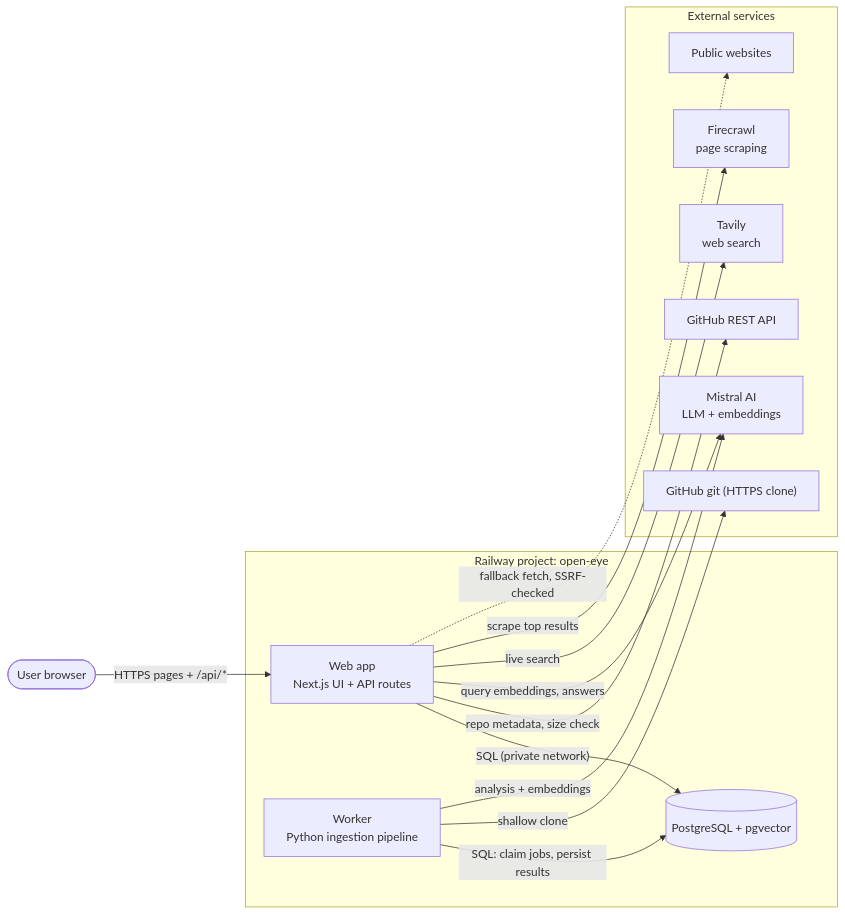
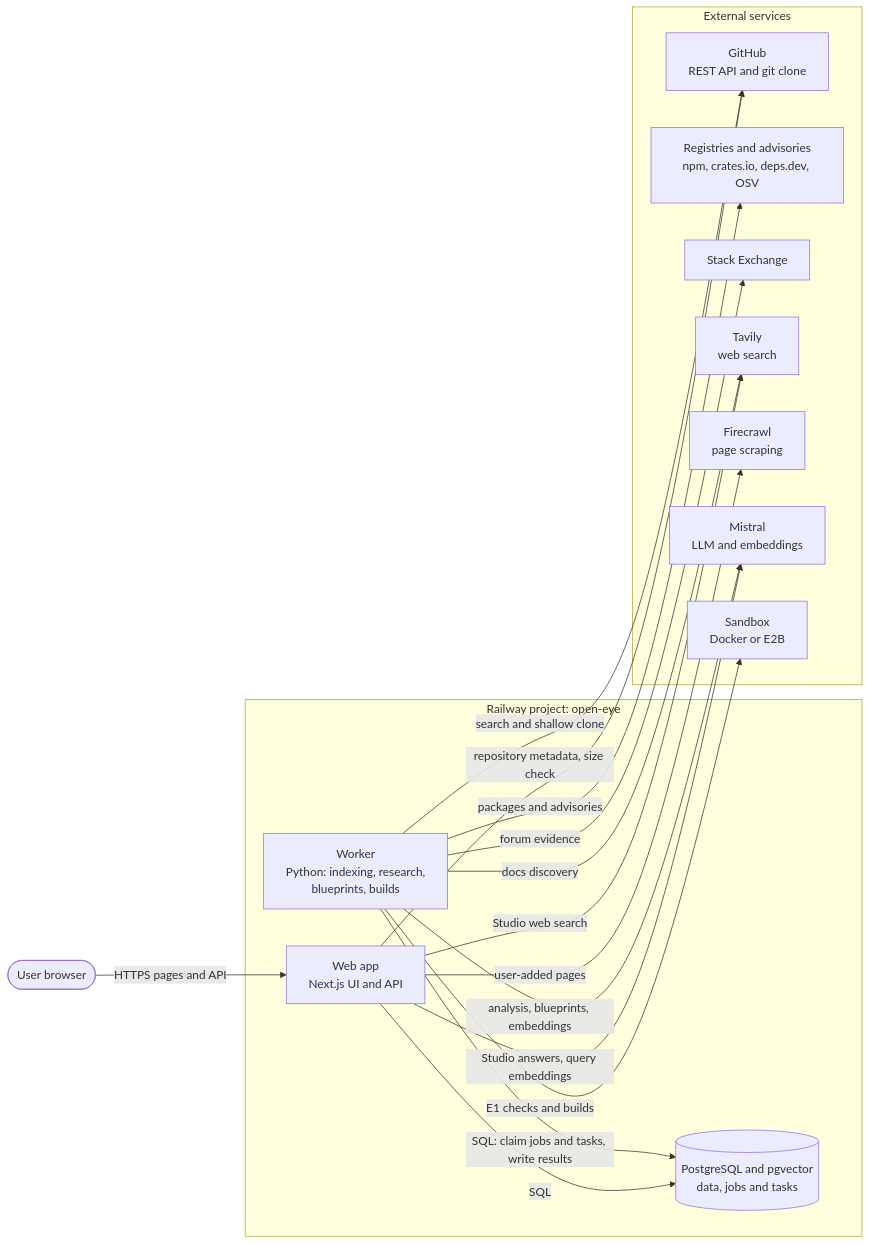
Before and after one commit to priteshvirat24/repo-intelligence: the second of 18 diagrams in README.md, drawn with Mermaid. The commit also changed other lines of this file and 2 other files, not shown here.

First line of the commit message:
docs: rewrite the README around what Open Eye does, with every architecture diagram

````diff
--- a/README.md
+++ b/README.md
@@ -97,32 +166,36 @@
 ```mermaid
 flowchart LR
     U(["User browser"])
 
     subgraph Railway["Railway project: open-eye"]
-        WEB["Web app<br>Next.js UI + API routes"]
-        WK["Worker<br>Python ingestion pipeline"]
-        DB[("PostgreSQL + pgvector")]
+        WEB["Web app<br>Next.js UI and API"]
+        WK["Worker<br>Python: indexing, research,<br>blueprints, builds"]
+        DB[("PostgreSQL and pgvector<br>data, jobs and tasks")]
     end
 
     subgraph Ext["External services"]
-        GHAPI["GitHub REST API"]
-        GHGIT["GitHub git (HTTPS clone)"]
-        MIS["Mistral AI<br>LLM + embeddings"]
+        GH["GitHub<br>REST API and git clone"]
+        REG["Registries and advisories<br>npm, crates.io, deps.dev, OSV"]
+        QA["Stack Exchange"]
         TAV["Tavily<br>web search"]
         FC["Firecrawl<br>page scraping"]
-        SITES["Public websites"]
+        MIS["Mistral<br>LLM and embeddings"]
+        SBX["Sandbox<br>Docker or E2B"]
     end
 
-    U -->|"HTTPS pages + /api/*"| WEB
-    WEB -->|"SQL (private network)"| DB
-    WK -->|"SQL: claim jobs, persist results"| DB
+    U -->|"HTTPS pages and API"| WEB
+    WEB -->|"SQL"| DB
+    WK -->|"SQL: claim jobs and tasks, write results"| DB
 
-    WEB -->|"repo metadata, size check"| GHAPI
-    WEB -->|"query embeddings, answers"| MIS
-    WEB -->|"live search"| TAV
-    WEB -->|"scrape top results"| FC
-    WEB -.->|"fallback fetch, SSRF-checked"| SITES
+    WEB -->|"repository metadata, size check"| GH
+    WEB -->|"Studio answers, query embeddings"| MIS
+    WEB -->|"Studio web search"| TAV
+    WEB -->|"user-added pages"| FC
 
-    WK -->|"shallow clone"| GHGIT
-    WK -->|"analysis + embeddings"| MIS
+    WK -->|"search and shallow clone"| GH
+    WK -->|"packages and advisories"| REG
+    WK -->|"forum evidence"| QA
+    WK -->|"docs discovery"| TAV
+    WK -->|"analysis, blueprints, embeddings"| MIS
+    WK -->|"E1 checks and builds"| SBX
 ```
````
